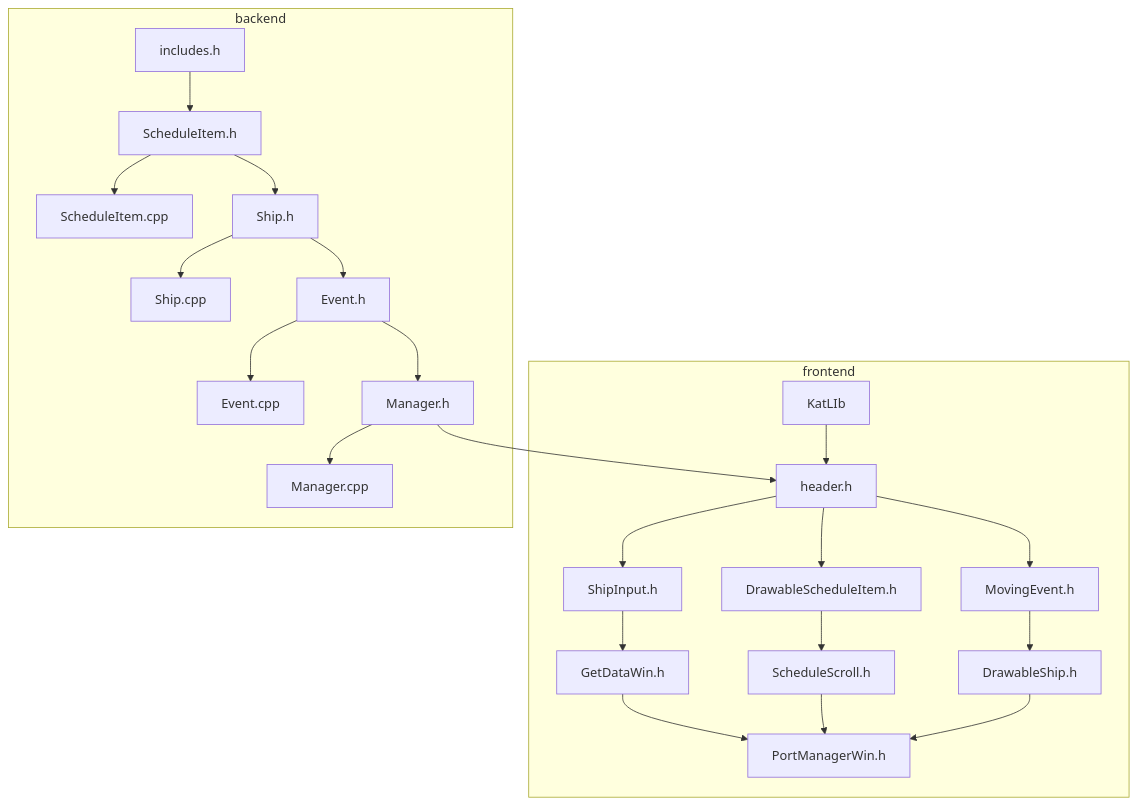
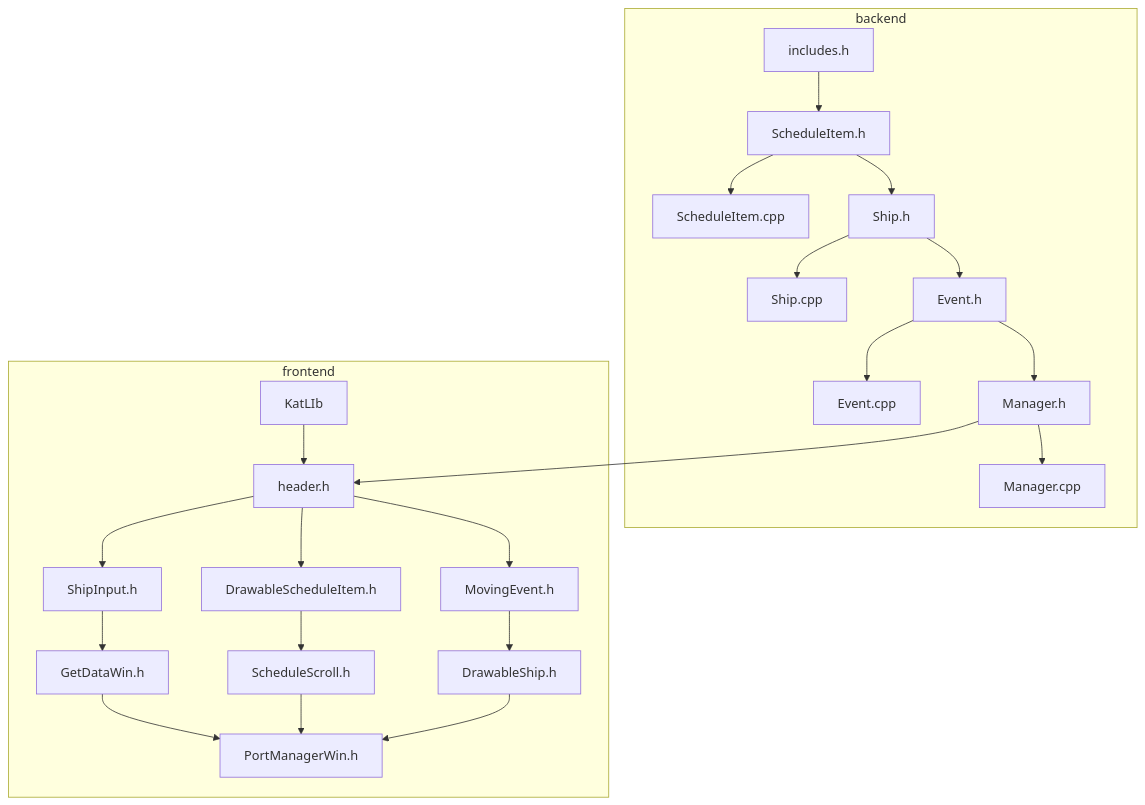
The fourth of 4 diagrams in report.md (Katarni/Seaport), drawn with Mermaid before and after one commit. The commit also changed other lines of this file and 1 other file, not shown here.

````diff
--- a/report.md
+++ b/report.md
@@ -175,26 +175,26 @@
 ```mermaid
 graph TD;
+	subgraph backend
+		includes.h-->ScheduleItem.h
+		ScheduleItem.h-->ScheduleItem.cpp
+		ScheduleItem.h-->Ship.h
+		Ship.h-->Ship.cpp
+		Ship.h-->Event.h
+		Event.h-->Event.cpp
+		Manager.h-->Manager.cpp
+		Event.h-->Manager.h
+	end
 	subgraph frontend
 		KatLIb-->header.h
 		header.h-->MovingEvent.h
 		MovingEvent.h-->DrawableShip.h
 		header.h-->DrawableScheduleItem.h
 		DrawableScheduleItem.h-->ScheduleScroll.h
 		header.h-->ShipInput.h
 		ShipInput.h-->GetDataWin.h
 		GetDataWin.h-->PortManagerWin.h
 		ScheduleScroll.h-->PortManagerWin.h
 		DrawableShip.h-->PortManagerWin.h
 	end
-	subgraph backend
-		includes.h-->ScheduleItem.h
-		ScheduleItem.h-->ScheduleItem.cpp
-		ScheduleItem.h-->Ship.h
-		Ship.h-->Ship.cpp
-		Ship.h-->Event.h
-		Event.h-->Event.cpp
-		Manager.h-->Manager.cpp
-		Event.h-->Manager.h
-	end
 	Manager.h-->header.h
 ```
````
